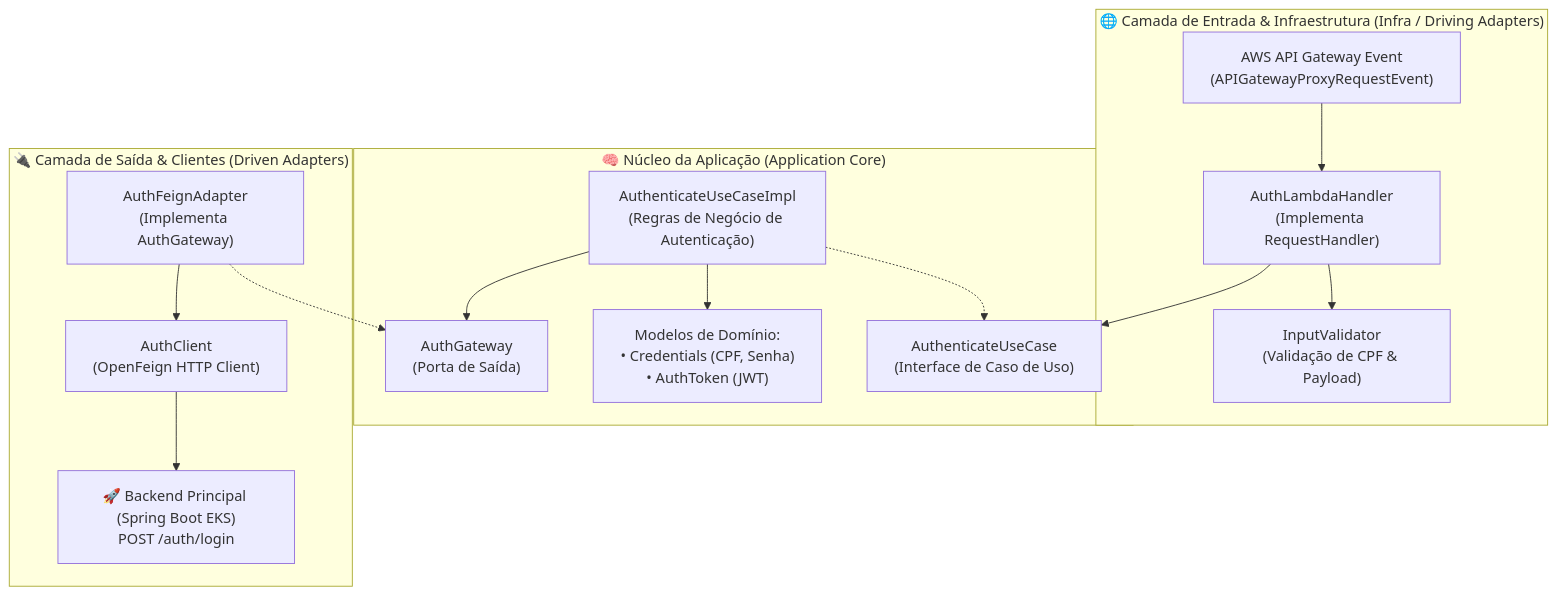
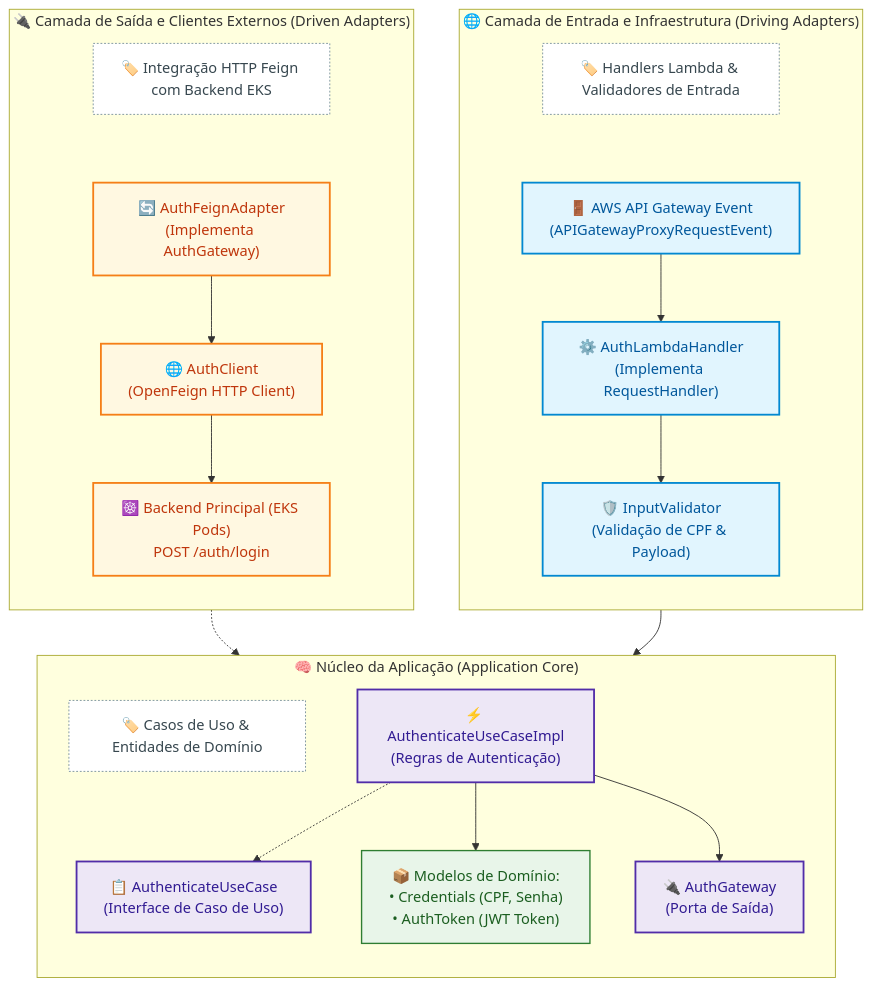
One commit to tech-challenge-fiap-repairshop/tech-challenge-repairshop-lambda-auth changed the first of 3 diagrams in README.md. Above: the diagram before and after it, drawn with Mermaid. The commit also changed other lines of this file, not shown here.

Commit message:
docs: standardize Mermaid diagrams with enhanced styling, spacing and Git Flow

````diff
--- a/README.md
+++ b/README.md
@@ -29,31 +29,47 @@
 ```mermaid
 flowchart TB
-    subgraph Drivers["🌐 Camada de Entrada & Infraestrutura (Infra / Driving Adapters)"]
-        APIGatewayEvent["AWS API Gateway Event\n(APIGatewayProxyRequestEvent)"]
-        Handler["AuthLambdaHandler\n(Implementa RequestHandler)"]
-        Validator["InputValidator\n(Validação de CPF & Payload)"]
+    %% Definições de Estilo
+    classDef driverStyle fill:#E1F5FE,stroke:#0288D1,stroke-width:2px,color:#01579B
+    classDef coreStyle fill:#EDE7F6,stroke:#512DA8,stroke-width:2px,color:#311B92
+    classDef adapterStyle fill:#FFF8E1,stroke:#F57F17,stroke-width:2px,color:#BF360C
+    classDef domainStyle fill:#E8F5E9,stroke:#2E7D32,stroke-width:1.5px,color:#1B5E20
+    classDef tagStyle fill:#FFFFFF,stroke:#78909C,stroke-width:1px,stroke-dasharray: 2 2,color:#37474F
+
+    subgraph Drivers["🌐 Camada de Entrada e Infraestrutura (Driving Adapters)"]
+        direction TB
+        TagDrivers["🏷️ Handlers Lambda & Validadores de Entrada"]:::tagStyle
+        APIGatewayEvent["🚪 AWS API Gateway Event\n(APIGatewayProxyRequestEvent)"]:::driverStyle
+        Handler["⚙️ AuthLambdaHandler\n(Implementa RequestHandler)"]:::driverStyle
+        Validator["🛡️ InputValidator\n(Validação de CPF & Payload)"]:::driverStyle
+        TagDrivers ~~~ APIGatewayEvent
     end
 
     subgraph ApplicationCore["🧠 Núcleo da Aplicação (Application Core)"]
-        UseCase["AuthenticateUseCase\n(Interface de Caso de Uso)"]
-        UseCaseImpl["AuthenticateUseCaseImpl\n(Regras de Negócio de Autenticação)"]
-        AuthGatewayPort["AuthGateway\n(Porta de Saída)"]
-        DomainModels["Modelos de Domínio:\n• Credentials (CPF, Senha)\n• AuthToken (JWT)"]
+        direction TB
+        TagCore["🏷️ Casos de Uso & Entidades de Domínio"]:::tagStyle
+        UseCase["📋 AuthenticateUseCase\n(Interface de Caso de Uso)"]:::coreStyle
+        UseCaseImpl["⚡ AuthenticateUseCaseImpl\n(Regras de Autenticação)"]:::coreStyle
+        AuthGatewayPort["🔌 AuthGateway\n(Porta de Saída)"]:::coreStyle
+        DomainModels["📦 Modelos de Domínio:\n• Credentials (CPF, Senha)\n• AuthToken (JWT Token)"]:::domainStyle
+        TagCore ~~~ UseCase
     end
 
-    subgraph DrivenAdapters["🔌 Camada de Saída & Clientes (Driven Adapters)"]
-        AuthFeignAdapter["AuthFeignAdapter\n(Implementa AuthGateway)"]
-        AuthClient["AuthClient\n(OpenFeign HTTP Client)"]
-        BackendApp["🚀 Backend Principal (Spring Boot EKS)\nPOST /auth/login"]
+    subgraph DrivenAdapters["🔌 Camada de Saída e Clientes Externos (Driven Adapters)"]
+        direction TB
+        TagAdapters["🏷️ Integração HTTP Feign com Backend EKS"]:::tagStyle
+        AuthFeignAdapter["🔄 AuthFeignAdapter\n(Implementa AuthGateway)"]:::adapterStyle
+        AuthClient["🌐 AuthClient\n(OpenFeign HTTP Client)"]:::adapterStyle
+        BackendApp["☸️ Backend Principal (EKS Pods)\nPOST /auth/login"]:::adapterStyle
+        TagAdapters ~~~ AuthFeignAdapter
     end
 
     APIGatewayEvent --> Handler
     Handler --> Validator
     Handler --> UseCase
     UseCaseImpl -.-> UseCase
     UseCaseImpl --> DomainModels
     UseCaseImpl --> AuthGatewayPort
     AuthFeignAdapter -.-> AuthGatewayPort
     AuthFeignAdapter --> AuthClient
     AuthClient --> BackendApp
 ```
````
